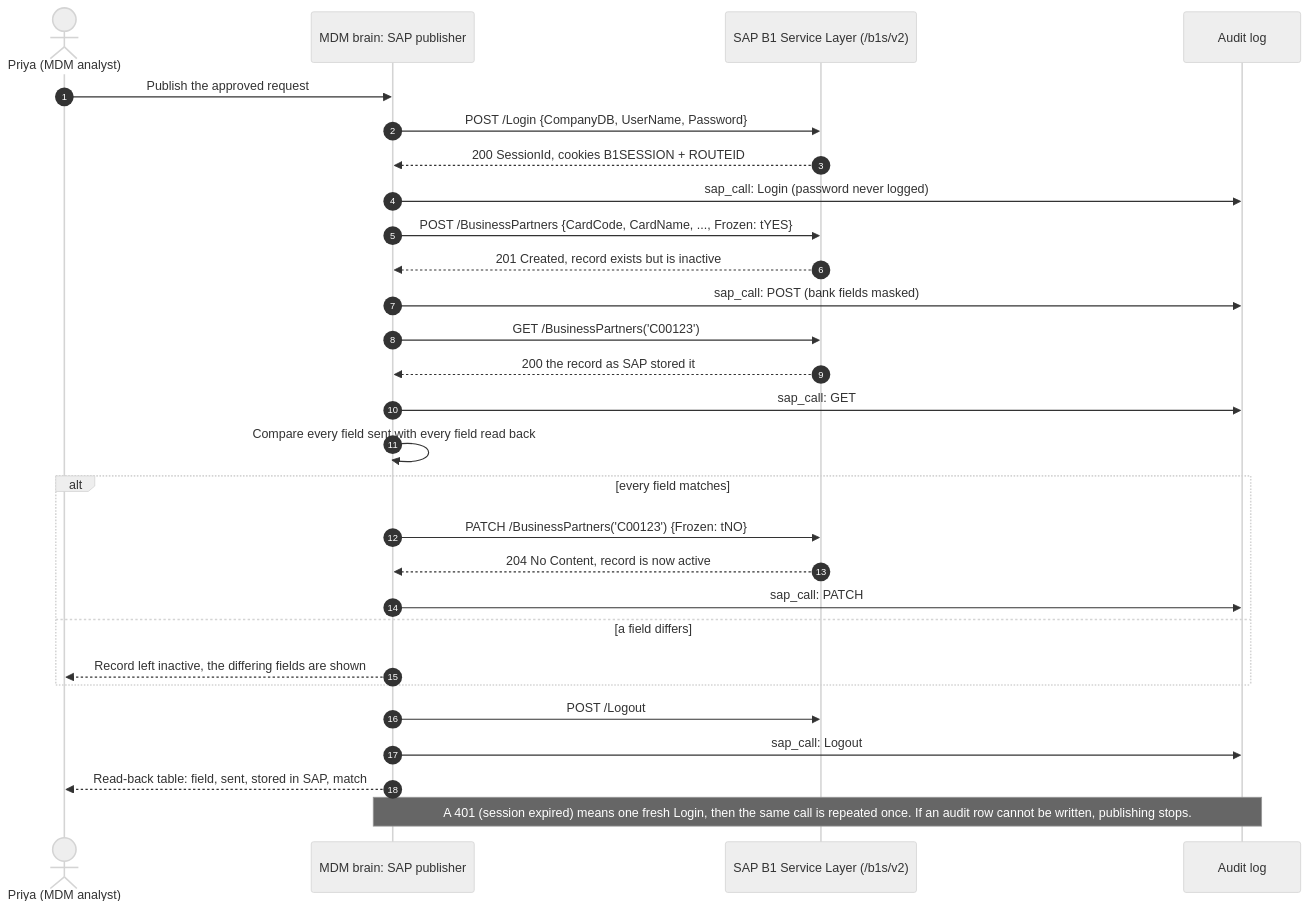
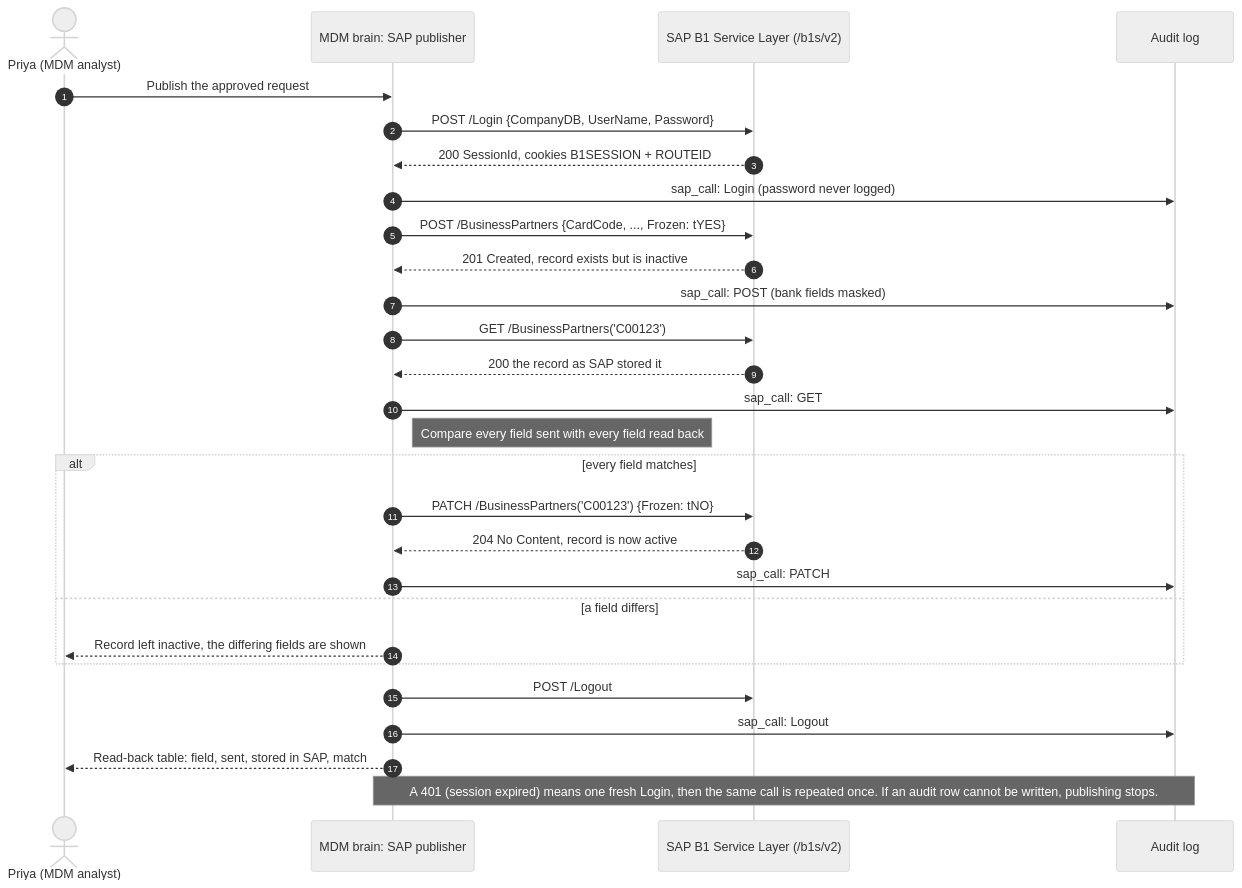
Before and after one commit to ihsankoolz/data-competition-2026: the diagram in docs/img/sap-sequence.mmd, drawn with Mermaid (neutral theme). The commit also changed 5 other files, not shown here.

Commit message:
docs: architecture legend, solid audit/AI arrows, 'a person decides'; sequence labels clear of lifelines; PNGs at scale 2

```diff
--- a/docs/img/sap-sequence.mmd
+++ b/docs/img/sap-sequence.mmd
@@ -1,29 +1,29 @@
 sequenceDiagram
     autonumber
     actor Priya as Priya (MDM analyst)
     participant PUB as MDM brain: SAP publisher
     participant SL as SAP B1 Service Layer (/b1s/v2)
     participant AUD as Audit log
 
     Priya->>PUB: Publish the approved request
     PUB->>SL: POST /Login {CompanyDB, UserName, Password}
     SL-->>PUB: 200 SessionId, cookies B1SESSION + ROUTEID
     PUB->>AUD: sap_call: Login (password never logged)
-    PUB->>SL: POST /BusinessPartners {CardCode, CardName, ..., Frozen: tYES}
+    PUB->>SL: POST /BusinessPartners {CardCode, ..., Frozen: tYES}
     SL-->>PUB: 201 Created, record exists but is inactive
     PUB->>AUD: sap_call: POST (bank fields masked)
     PUB->>SL: GET /BusinessPartners('C00123')
     SL-->>PUB: 200 the record as SAP stored it
     PUB->>AUD: sap_call: GET
-    PUB->>PUB: Compare every field sent with every field read back
+    Note right of PUB: Compare every field sent with every field read back
     alt every field matches
         PUB->>SL: PATCH /BusinessPartners('C00123') {Frozen: tNO}
         SL-->>PUB: 204 No Content, record is now active
         PUB->>AUD: sap_call: PATCH
     else a field differs
         PUB-->>Priya: Record left inactive, the differing fields are shown
     end
     PUB->>SL: POST /Logout
     PUB->>AUD: sap_call: Logout
     PUB-->>Priya: Read-back table: field, sent, stored in SAP, match
     Note over PUB,AUD: A 401 (session expired) means one fresh Login, then the same call is repeated once. If an audit row cannot be written, publishing stops.
```
